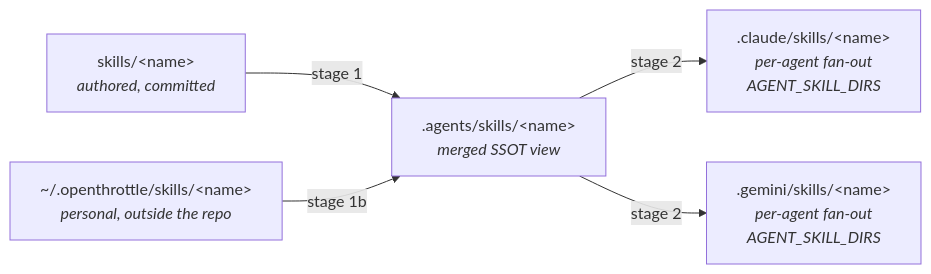
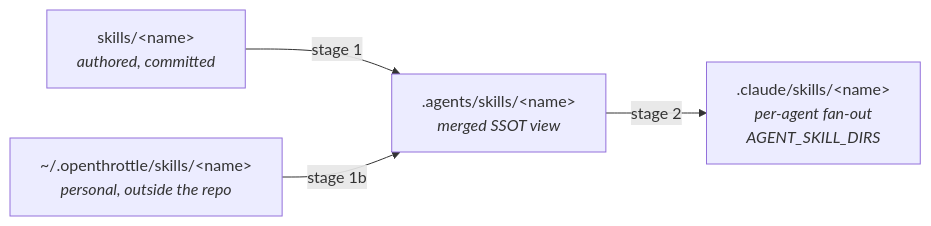
The diagram in skills/ot-skill-sync/README.md (OpenThrottle/monorepo), drawn with Mermaid before and after one commit. The commit also changed other lines of this file and 129 other files, not shown here.

````diff
--- a/skills/ot-skill-sync/README.md
+++ b/skills/ot-skill-sync/README.md
@@ -11,11 +11,9 @@
 ```mermaid
 flowchart LR
   A["skills/&lt;name&gt;<br/><i>authored, committed</i>"]
   P["~/.openthrottle/skills/&lt;name&gt;<br/><i>personal, outside the repo</i>"]
   B[".agents/skills/&lt;name&gt;<br/><i>merged SSOT view</i>"]
   C[".claude/skills/&lt;name&gt;<br/><i>per-agent fan-out<br/>AGENT_SKILL_DIRS</i>"]
-  D[".gemini/skills/&lt;name&gt;<br/><i>per-agent fan-out<br/>AGENT_SKILL_DIRS</i>"]
   A -->|stage 1| B -->|stage 2| C
   P -->|stage 1b| B
-  B -->|stage 2| D
 ```
````
